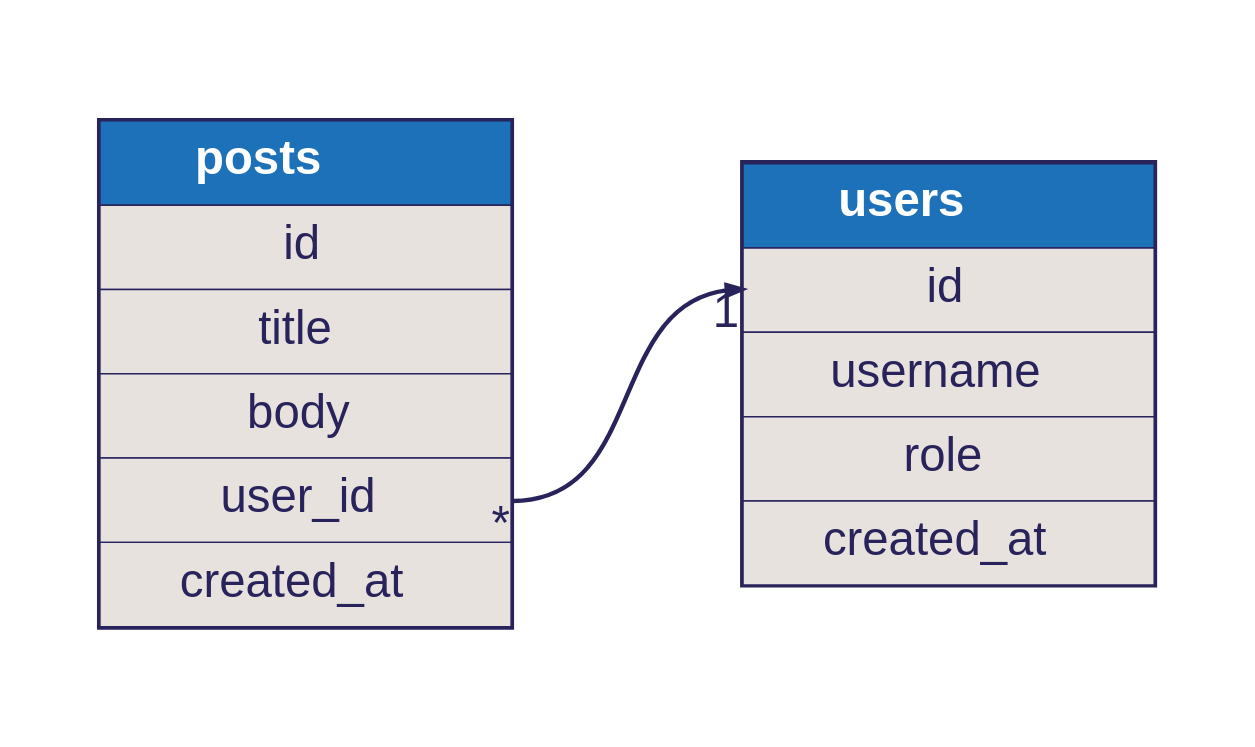
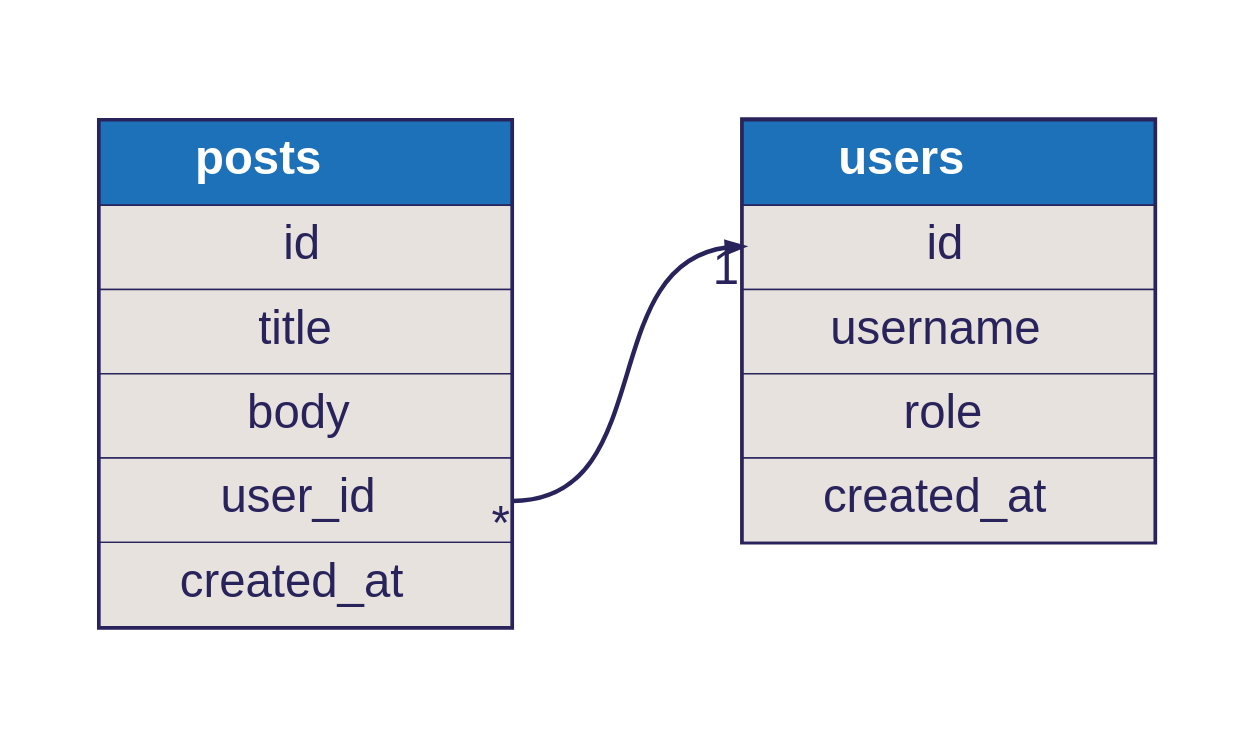
The diagram in examples/user-posts.dbml.dot (softwaretechnik-berlin/dbml-renderer), drawn with Graphviz before and after one commit. The commit also changed 13 other files, not shown here.

```diff
--- a/examples/user-posts.dbml.dot
+++ b/examples/user-posts.dbml.dot
@@ -1,27 +1,27 @@
 digraph dbml {
       rankdir=LR;
       graph [fontname="helvetica", fontsize=32, fontcolor="#29235c", bgcolor="transparent"];
       node [penwidth=0, margin=0, fontname="helvetica", fontsize=32, fontcolor="#29235c"];
       edge [fontname="helvetica", fontsize=32, fontcolor="#29235c", color="#29235c"];
 
       
       
       "users" [id=users;label=<<TABLE BORDER="2" COLOR="#29235c" CELLBORDER="1" CELLSPACING="0" CELLPADDING="10" >
       <TR><TD PORT="f0" WIDTH="150" BGCOLOR="#1d71b8"><font color="#ffffff"><B>       users       </B></font></TD></TR>
 <TR><TD PORT="f1" BGCOLOR="#e7e2dd">id</TD></TR>
 <TR><TD PORT="f2" BGCOLOR="#e7e2dd">username</TD></TR>
 <TR><TD PORT="f3" BGCOLOR="#e7e2dd">role</TD></TR>
 <TR><TD PORT="f4" BGCOLOR="#e7e2dd">created_at</TD></TR>
     </TABLE>>];
 "posts" [id=posts;label=<<TABLE BORDER="2" COLOR="#29235c" CELLBORDER="1" CELLSPACING="0" CELLPADDING="10" >
       <TR><TD PORT="f0" WIDTH="150" BGCOLOR="#1d71b8"><font color="#ffffff"><B>       posts       </B></font></TD></TR>
 <TR><TD PORT="f1" BGCOLOR="#e7e2dd">id</TD></TR>
 <TR><TD PORT="f2" BGCOLOR="#e7e2dd">title</TD></TR>
 <TR><TD PORT="f3" BGCOLOR="#e7e2dd">body</TD></TR>
 <TR><TD PORT="f4" BGCOLOR="#e7e2dd">user_id</TD></TR>
 <TR><TD PORT="f5" BGCOLOR="#e7e2dd">created_at</TD></TR>
     </TABLE>>];
     
-      posts:0 -> users:0 [style=invis, weight=100, color=red]
+      posts:f0 -> users:f0 [style=invis, weight=100, color=red]
     posts:f4:e -> users:f1:w [penwidth=3, color="#29235c", headlabel="1", taillabel="*", arrowhead="normal", arrowtail="none"]
     }
```
